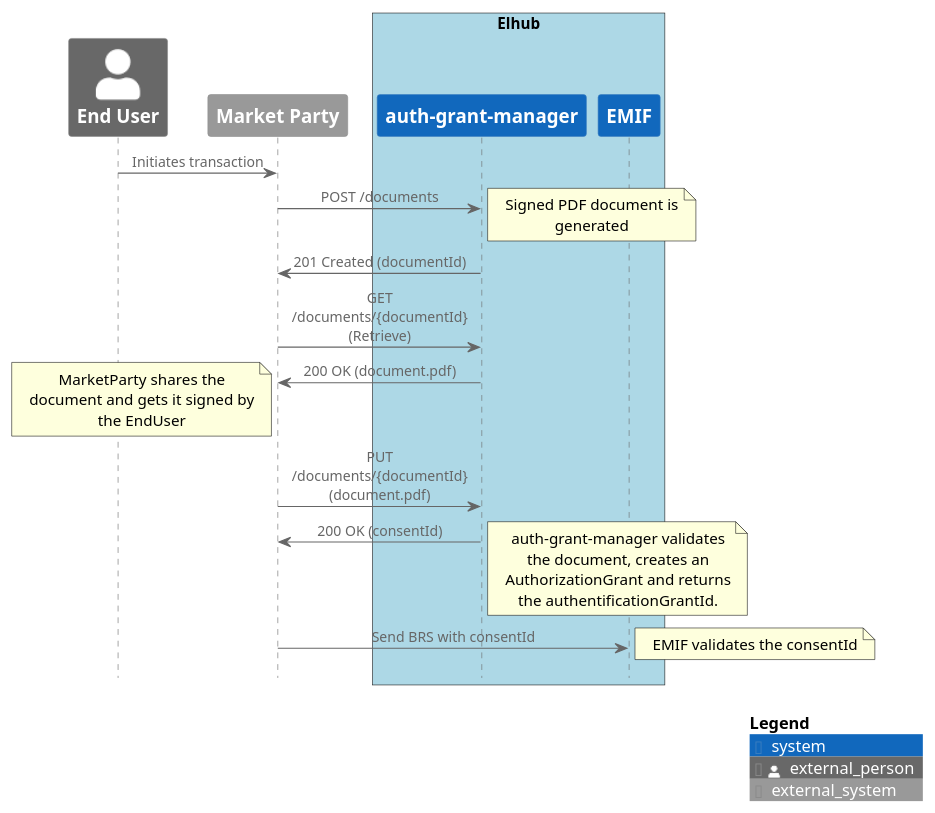
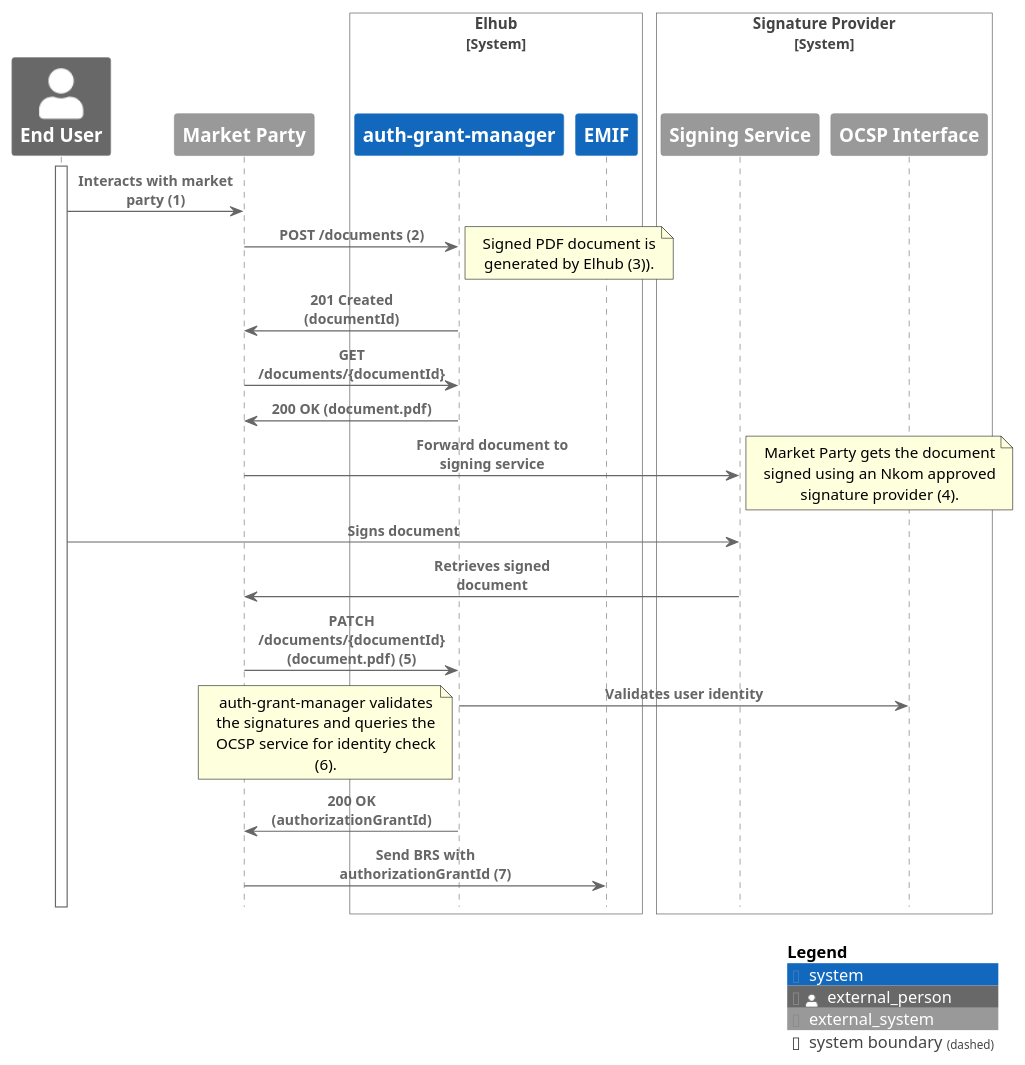
One commit to elhub/auth-grant-manager changed the diagram in docs/assets/document-flow.plantuml. Above: the diagram before and after it, drawn with PlantUML. The commit also changed 7 other files, not shown here.

```diff
--- a/docs/assets/document-flow.plantuml
+++ b/docs/assets/document-flow.plantuml
@@ -1,33 +1,44 @@
-@startuml documents-flow
+@startuml document-flow
 !include https://raw.githubusercontent.com/plantuml-stdlib/C4-PlantUML/master/C4_Sequence.puml
 
-actor Person_Ext(EndUser, "End User", "")
-participant System_Ext(MarketParty, "Market Party", "")
-box "Elhub" #LightBlue
-  participant System(GrantManager, "auth-grant-manager", "")
-  participant System(EMIF, "EMIF", "")
-end box
+Person_Ext(EndUser, "End User", "")
+System_Ext(MarketParty, "Market Party", "")
 
-EndUser -> MarketParty: Initiates transaction
-MarketParty -> GrantManager: POST /documents
+System_Boundary(Elhub, "Elhub")
+  System(GrantManager, "auth-grant-manager", "")
+  System(EMIF, "EMIF", "")
+Boundary_End()
+
+System_Boundary(SignatureProvider, "Signature Provider")
+  System_Ext(SigningService, "Signing Service", "")
+  System_Ext(SigningOCSP, "OCSP Interface", "")
+Boundary_End()
+
+activate EndUser
+Rel(EndUser, MarketParty, "Interacts with market party (1)")
+Rel(MarketParty, GrantManager, "POST /documents (2)")
 note right
-Signed PDF document is generated
+Signed PDF document is generated by Elhub (3)).
 end note
-GrantManager -> MarketParty: 201 Created (documentId)
-MarketParty -> GrantManager: GET /documents/{documentId} (Retrieve)
-GrantManager -> MarketParty: 200 OK (document.pdf)
+Rel(GrantManager, MarketParty, "201 Created (documentId)")
+Rel(MarketParty, GrantManager, "GET /documents/{documentId}")
+Rel(GrantManager, MarketParty, "200 OK (document.pdf)")
+
+Rel(MarketParty, SigningService, "Forward document to signing service")
+note right
+Market Party gets the document signed using an Nkom approved signature provider (4).
+end note
+Rel(EndUser, SigningService, "Signs document")
+Rel(SigningService, MarketParty, "Retrieves signed document")
+
+Rel(MarketParty, GrantManager, "PATCH /documents/{documentId} (document.pdf) (5)")
+Rel(GrantManager, SigningOCSP, "Validates user identity")
 note left
-MarketParty shares the document and gets it signed by the EndUser
+auth-grant-manager validates the signatures and queries the OCSP service for identity check (6).
 end note
-MarketParty -> GrantManager: PUT /documents/{documentId} (document.pdf)
-GrantManager -> MarketParty: 200 OK (consentId)
-note right
-auth-grant-manager validates the document, creates an AuthorizationGrant and returns the authentificationGrantId.
-end note
-MarketParty -> EMIF: Send BRS with consentId
-note right
-EMIF validates the consentId
-end note
+Rel(GrantManager, MarketParty, "200 OK (authorizationGrantId)")
+
+Rel(MarketParty, EMIF, "Send BRS with authorizationGrantId (7)")
 
 SHOW_LEGEND()
 @enduml
```
